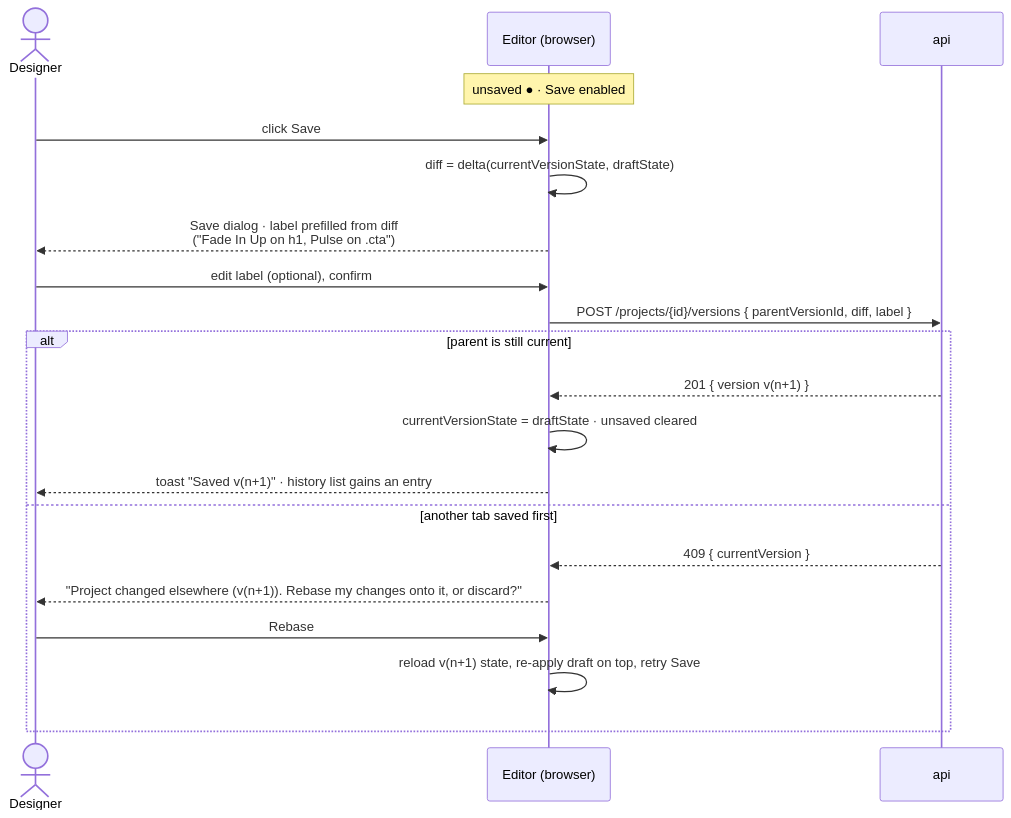
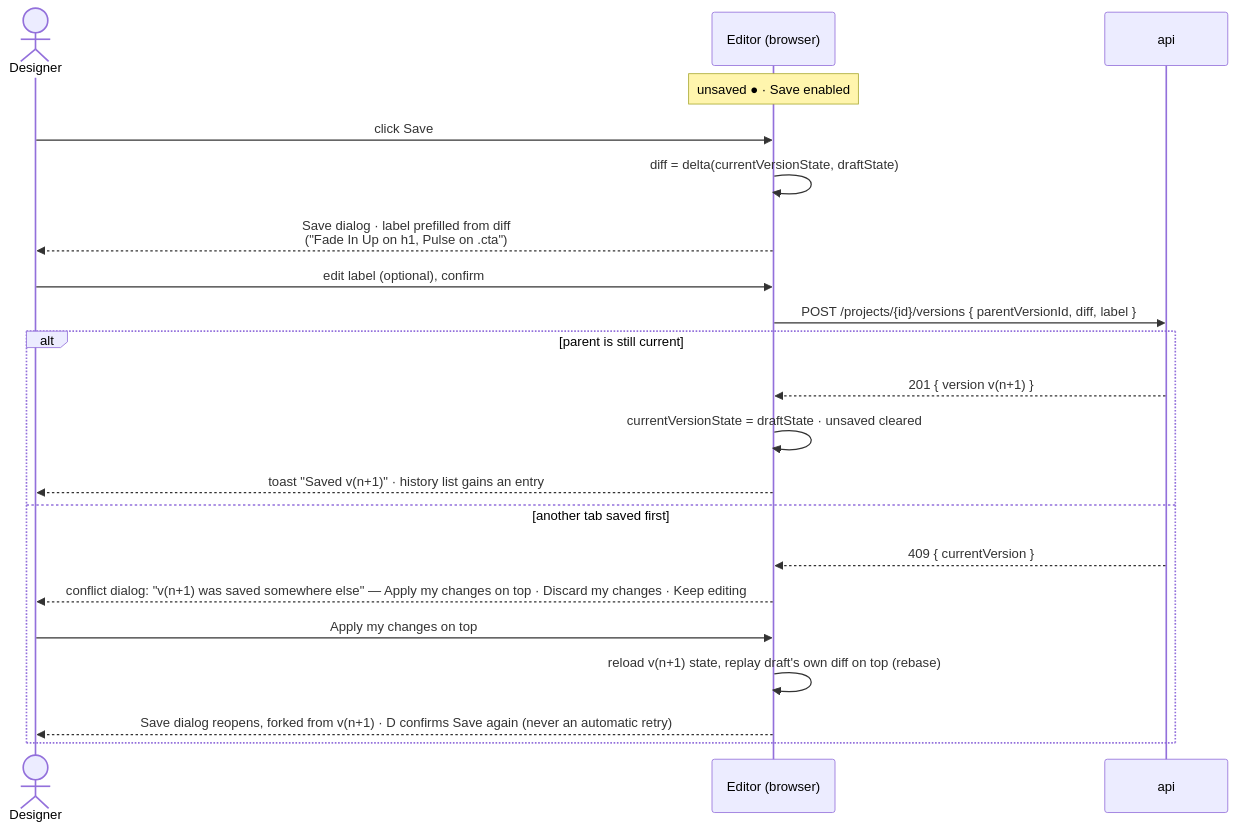
The third of 5 diagrams in docs/user_flow.md (ludaxkris/vibe_motion), drawn with Mermaid before and after one commit. The commit also changed other lines of this file and 63 other files, not shown here.

Commit message:
feat(phase-6): version history — Save, 409 rebase/discard, History tab, read-only viewing, Restore (#22)

````diff
--- a/docs/user_flow.md
+++ b/docs/user_flow.md
@@ -59,23 +59,24 @@
 ```mermaid
 sequenceDiagram
   actor D as Designer
   participant E as Editor (browser)
   participant A as api
 
   Note over E: unsaved ● · Save enabled
   D->>E: click Save
   E->>E: diff = delta(currentVersionState, draftState)
   E-->>D: Save dialog · label prefilled from diff<br/>("Fade In Up on h1, Pulse on .cta")
   D->>E: edit label (optional), confirm
   E->>A: POST /projects/{id}/versions { parentVersionId, diff, label }
   alt parent is still current
     A-->>E: 201 { version v(n+1) }
     E->>E: currentVersionState = draftState · unsaved cleared
     E-->>D: toast "Saved v(n+1)" · history list gains an entry
   else another tab saved first
     A-->>E: 409 { currentVersion }
-    E-->>D: "Project changed elsewhere (v(n+1)). Rebase my changes onto it, or discard?"
-    D->>E: Rebase
-    E->>E: reload v(n+1) state, re-apply draft on top, retry Save
+    E-->>D: conflict dialog: "v(n+1) was saved somewhere else" — Apply my changes on top · Discard my changes · Keep editing
+    D->>E: Apply my changes on top
+    E->>E: reload v(n+1) state, replay draft's own diff on top (rebase)
+    E-->>D: Save dialog reopens, forked from v(n+1) · D confirms Save again (never an automatic retry)
   end
 ```
````
